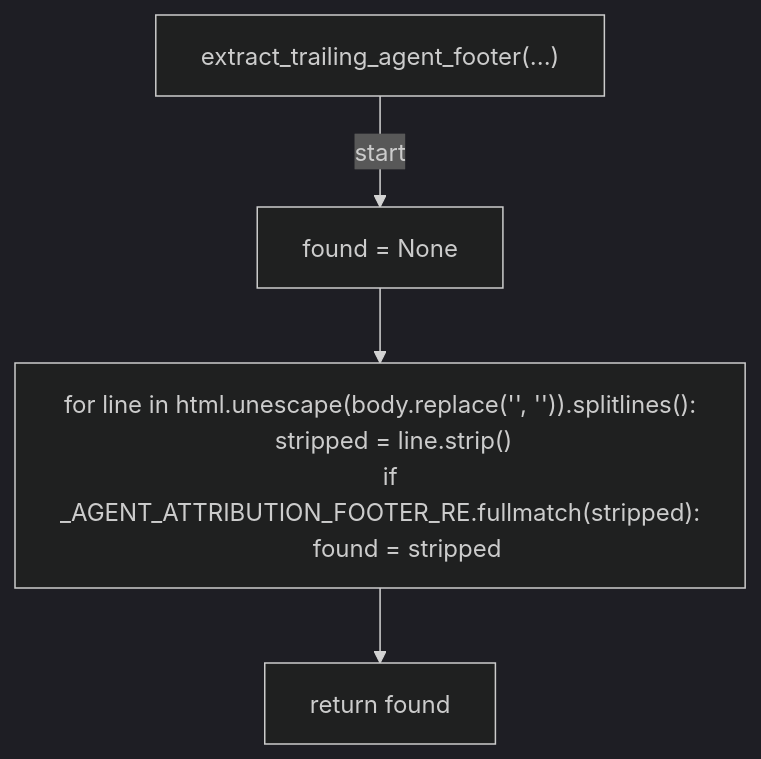
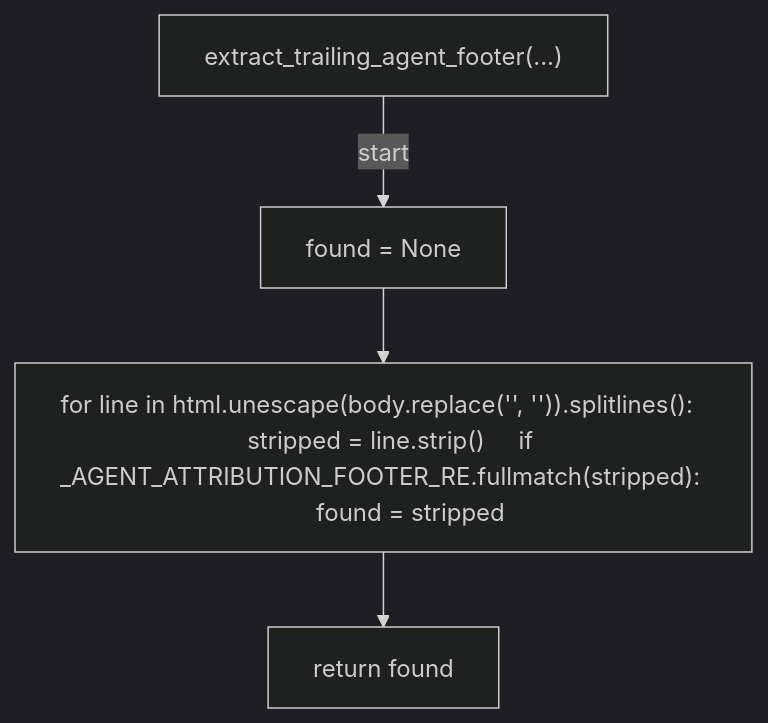
One commit to tvna/claude-md changed the third of 9 diagrams in docs/generated/scripts/ast/post_pr_create_body_fix.md. Above: the diagram before and after it, drawn with Mermaid (dark theme). The commit also changed other lines of this file and 30 other files, not shown here.

First line of the commit message:
docs(generated): regenerate decision tree and workflow diagrams (batch 2/5)

````diff
--- a/docs/generated/scripts/ast/post_pr_create_body_fix.md
+++ b/docs/generated/scripts/ast/post_pr_create_body_fix.md
@@ -49,13 +49,10 @@
 ```mermaid
 flowchart TD
     N001["extract_trailing_agent_footer(...)"]
     N002["found = None"]
-    N003["for line in html.unescape(body.replace('<str>', '<str>')).splitlines():
-    stripped = line.strip()
-    if _AGENT_ATTRIBUTION_FOOTER_RE.fullmatch(stripped):
-        found = stripped"]
+    N003["for line in html.unescape(body.replace('<str>', '<str>')).splitlines():     stripped = line.strip()     if _AGENT_ATTRIBUTION_FOOTER_RE.fullmatch(stripped):         found = stripped"]
     N004["return found"]
     N001 -->|"start"| N002
     N002 --> N003
     N003 --> N004
 ```
````
